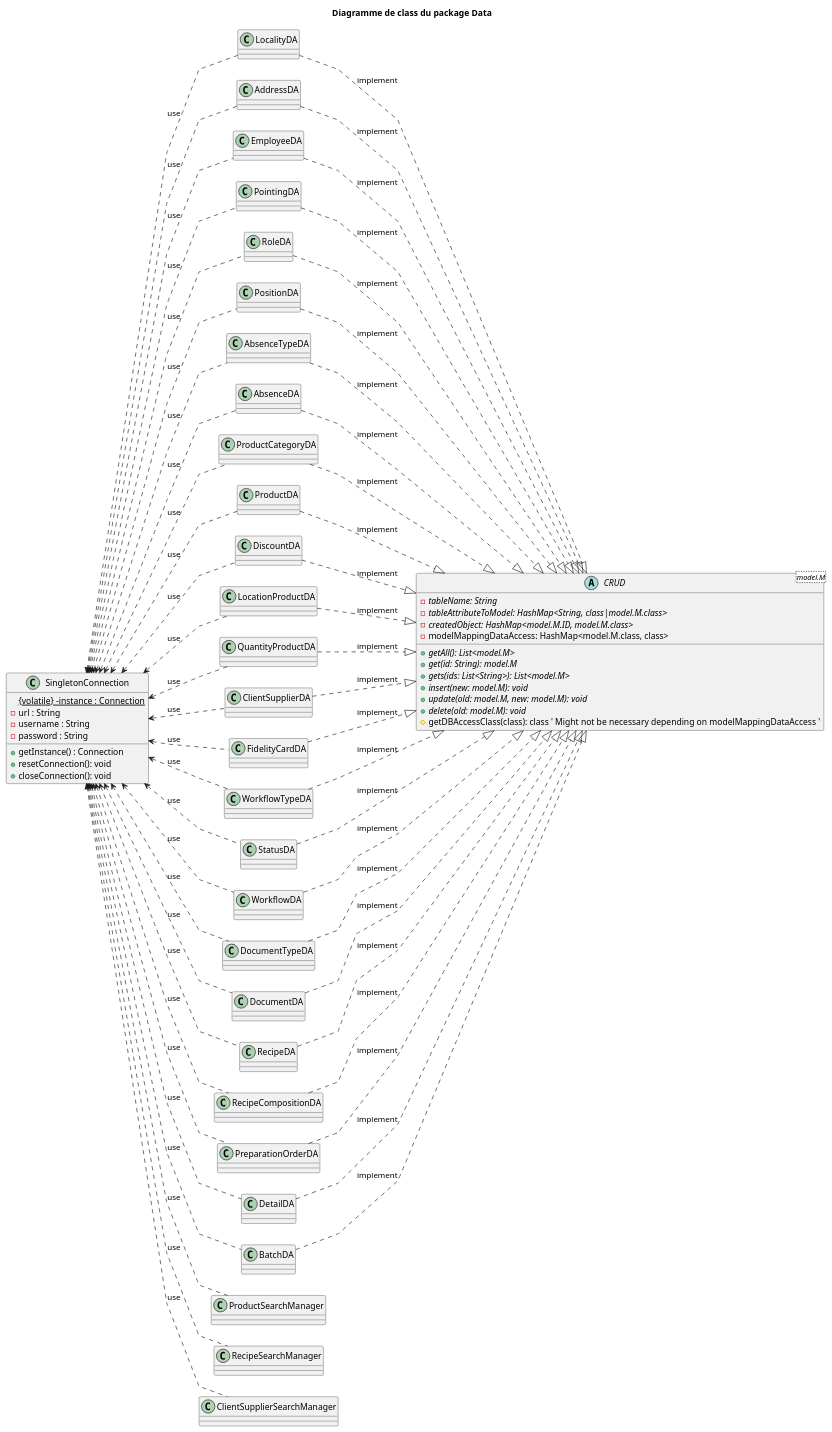
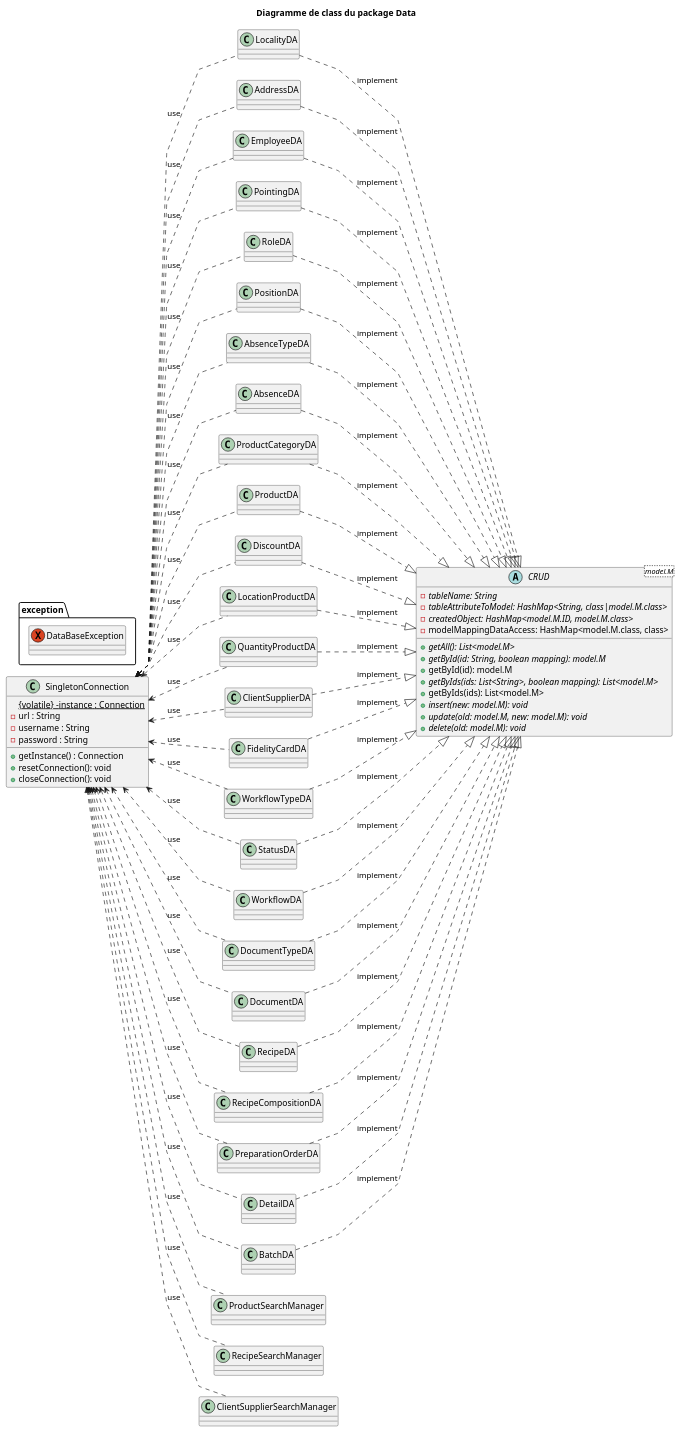
Before and after one commit to YannisVanAchter/IG252-java-project: the diagram in doc/data.class.puml, drawn with PlantUML. The commit also changed 10 other files, not shown here.

```diff
--- a/doc/data.class.puml
+++ b/doc/data.class.puml
@@ -1,167 +1,172 @@
 @startuml "data class diagram"
 
 title "Diagramme de class du package Data"
 
 left to right direction
 skinparam linetype ortho
 skinparam linetype polyline
 
 ' TODO: finish diagram before implementing this layer (deadline: may 15th 2026)
+
+package exception {
+    exception DataBaseException
+}
 
 class SingletonConnection {
     {static} {volatile} -instance : Connection
     -url : String
     -username : String
     -password : String
     +getInstance() : Connection
     +resetConnection(): void
     +closeConnection(): void
 }
 
 abstract class CRUD<model.M> {
     {abstract} - tableName: String
     {abstract} - tableAttributeToModel: HashMap<String, class|model.M.class>
     {abstract} - createdObject: HashMap<model.M.ID, model.M.class>
     - modelMappingDataAccess: HashMap<model.M.class, class> 
 
     {abstract} +getAll(): List<model.M>
-    {abstract} +get(id: String): model.M
-    {abstract} +gets(ids: List<String>): List<model.M>
+    {abstract} +getById(id: String, boolean mapping): model.M
+    + getById(id): model.M
+    {abstract} +getByIds(ids: List<String>, boolean mapping): List<model.M>
+    + getByIds(ids): List<model.M>
     {abstract} +insert(new: model.M): void
     {abstract} +update(old: model.M, new: model.M): void
     {abstract} +delete(old: model.M): void
-    #getDBAccessClass(class): class ' Might not be necessary depending on modelMappingDataAccess '
 }
 
 class LocalityDA {
 }
 
 class AddressDA {
 }
 
 class EmployeeDA {
 }
 
 class PointingDA {
 }
 
 class RoleDA {
 }
 
 class PositionDA {
 }
 
 class AbsenceTypeDA {
 }
 
 class AbsenceDA {
 }
 
 class ProductCategoryDA {
 }
 
 class ProductDA {
 }
 
 class DiscountDA {
 }
 
 class LocationProductDA {
 }
 
 class QuantityProductDA {
 }
 
 class ClientSupplierDA {
 }
 
 class FidelityCardDA {
 }
 
 class WorkflowTypeDA {
 }
 
 class StatusDA {
 }
 
 class WorkflowDA {
 }
 
 class DocumentTypeDA {
 }
 
 class DocumentDA {
 }
 
 class RecipeDA {
 }
 
 class RecipeCompositionDA {
 }
 
 class PreparationOrderDA {
 }
 
 class DetailDA {
 }
 
 class BatchDA {
 }
 
 SingletonConnection <.. LocalityDA: use 
 SingletonConnection <.. AddressDA: use 
 SingletonConnection <.. EmployeeDA: use 
 SingletonConnection <.. PointingDA: use 
 SingletonConnection <.. RoleDA: use 
 SingletonConnection <.. PositionDA: use 
 SingletonConnection <.. AbsenceTypeDA: use 
 SingletonConnection <.. AbsenceDA: use 
 SingletonConnection <.. ProductCategoryDA: use 
 SingletonConnection <.. ProductDA: use 
 SingletonConnection <.. DiscountDA: use 
 SingletonConnection <.. LocationProductDA: use 
 SingletonConnection <.. QuantityProductDA: use 
 SingletonConnection <.. ClientSupplierDA: use 
 SingletonConnection <.. FidelityCardDA: use 
 SingletonConnection <.. WorkflowTypeDA: use 
 SingletonConnection <.. StatusDA: use 
 SingletonConnection <.. WorkflowDA: use 
 SingletonConnection <.. DocumentTypeDA: use 
 SingletonConnection <.. DocumentDA: use 
 SingletonConnection <.. RecipeDA: use 
 SingletonConnection <.. RecipeCompositionDA: use 
 SingletonConnection <.. PreparationOrderDA: use 
 SingletonConnection <.. DetailDA: use 
 SingletonConnection <.. BatchDA: use 
 SingletonConnection <.. ProductSearchManager: use 
 SingletonConnection <.. RecipeSearchManager: use 
 SingletonConnection <.. ClientSupplierSearchManager: use
 
 LocalityDA ..|> CRUD: implement
 AddressDA ..|> CRUD: implement
 EmployeeDA ..|> CRUD: implement
 PointingDA ..|> CRUD: implement
 RoleDA ..|> CRUD: implement
 PositionDA ..|> CRUD: implement
 AbsenceTypeDA ..|> CRUD: implement
 AbsenceDA ..|> CRUD: implement
 ProductCategoryDA ..|> CRUD: implement
 ProductDA ..|> CRUD: implement
 DiscountDA ..|> CRUD: implement
 LocationProductDA ..|> CRUD: implement
 QuantityProductDA ..|> CRUD: implement
 ClientSupplierDA ..|> CRUD: implement
 FidelityCardDA ..|> CRUD: implement
 WorkflowTypeDA ..|> CRUD: implement
 StatusDA ..|> CRUD: implement
 WorkflowDA ..|> CRUD: implement
 DocumentTypeDA ..|> CRUD: implement
 DocumentDA ..|> CRUD: implement
 RecipeDA ..|> CRUD: implement
 RecipeCompositionDA ..|> CRUD: implement
 PreparationOrderDA ..|> CRUD: implement
 DetailDA ..|> CRUD: implement
 BatchDA ..|> CRUD: implement
 
 
 @enduml
```
